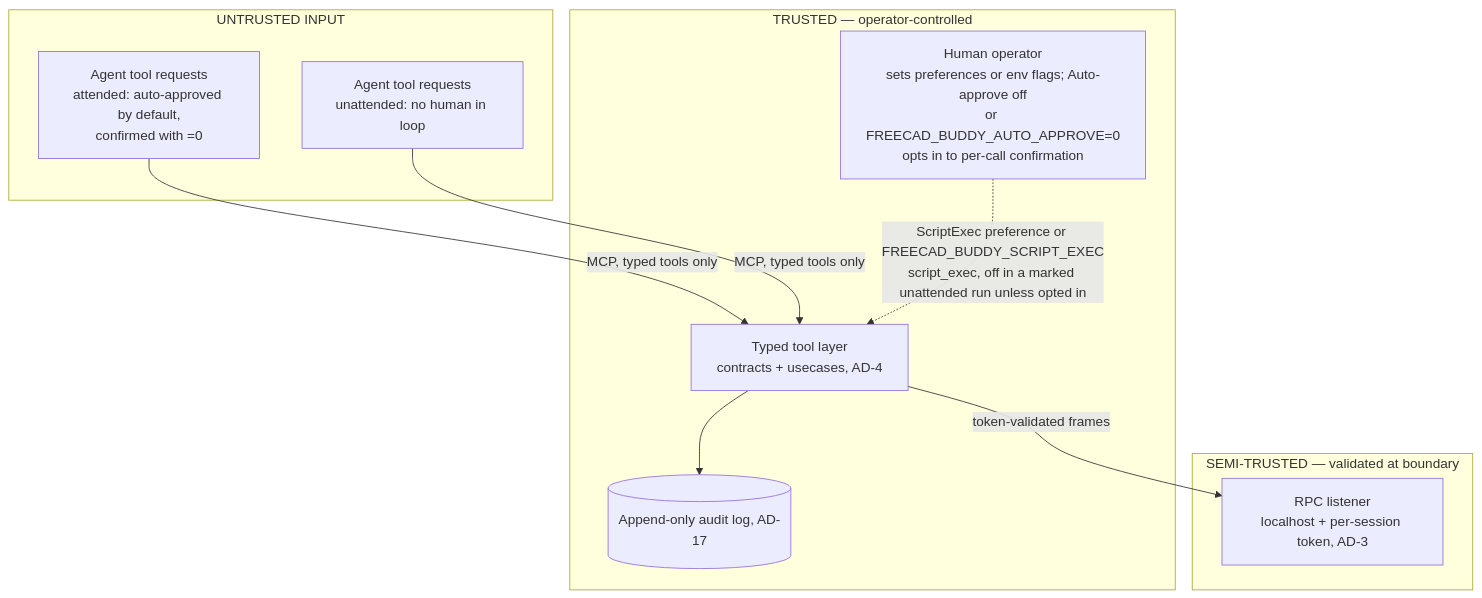
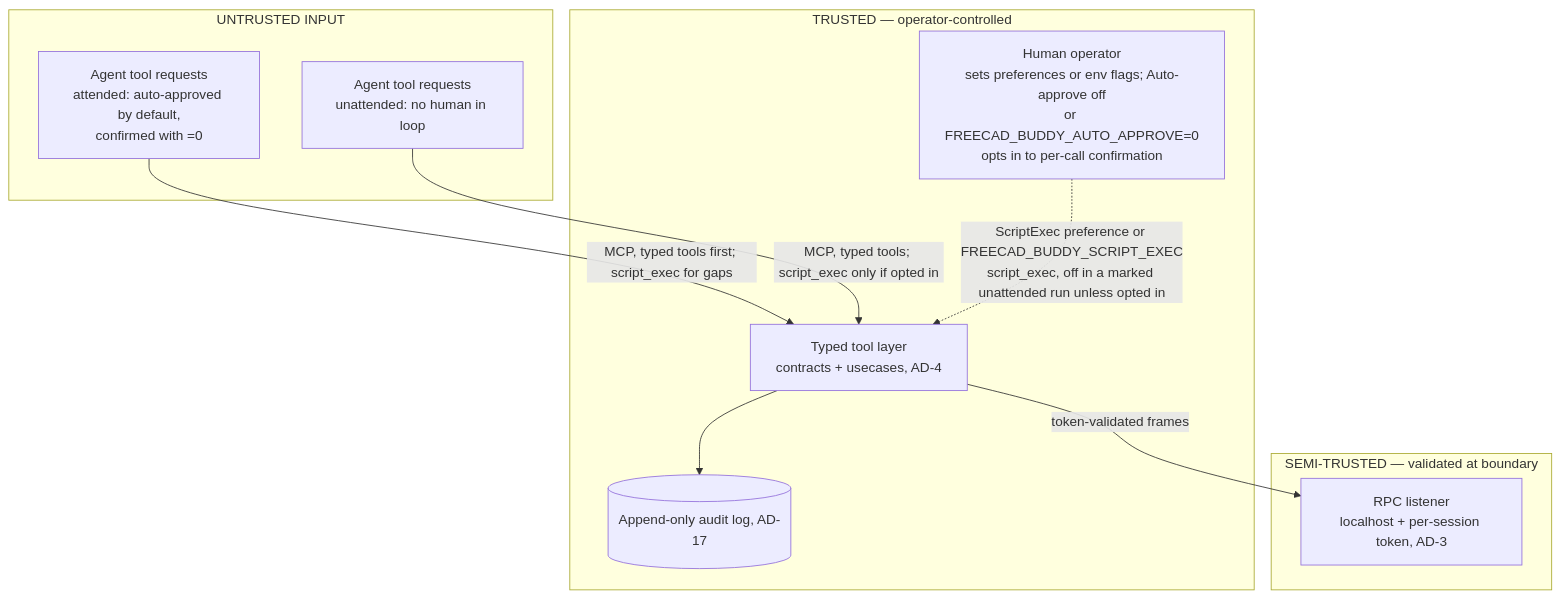
The diagram in _bmad-output/planning-artifacts/architecture/architecture-freecad-buddy-2026-07-21/design/security-and-service-design.md (robotics-playground/freecad-buddy), drawn with Mermaid before and after one commit. The commit also changed other lines of this file and 8 other files, not shown here.

First line of the commit message:
docs(design): close round 2 review findings on the script_exec bracket

````diff
--- a/_bmad-output/planning-artifacts/architecture/architecture-freecad-buddy-2026-07-21/design/security-and-service-design.md
+++ b/_bmad-output/planning-artifacts/architecture/architecture-freecad-buddy-2026-07-21/design/security-and-service-design.md
@@ -96,20 +96,20 @@
 ```mermaid
 graph TB
   subgraph trusted [TRUSTED — operator-controlled]
     op[Human operator<br/>sets preferences or env flags; Auto-approve off<br/>or FREECAD_BUDDY_AUTO_APPROVE=0<br/>opts in to per-call confirmation]
     typed[Typed tool layer<br/>contracts + usecases, AD-4]
     audit[(Append-only audit log, AD-17)]
   end
   subgraph semitrusted [SEMI-TRUSTED — validated at boundary]
     rpc[RPC listener<br/>localhost + per-session token, AD-3]
   end
   subgraph untrusted [UNTRUSTED INPUT]
     llm[Agent tool requests<br/>attended: auto-approved by default,<br/>confirmed with =0]
     unatt[Agent tool requests<br/>unattended: no human in loop]
   end
-  llm -->|MCP, typed tools only| typed
-  unatt -->|MCP, typed tools only| typed
+  llm -->|MCP, typed tools first; script_exec for gaps| typed
+  unatt -->|MCP, typed tools; script_exec only if opted in| typed
   typed -->|token-validated frames| rpc
   typed --> audit
   op -.->|ScriptExec preference or FREECAD_BUDDY_SCRIPT_EXEC<br/>script_exec, off in a marked unattended run unless opted in| typed
 ```
````
